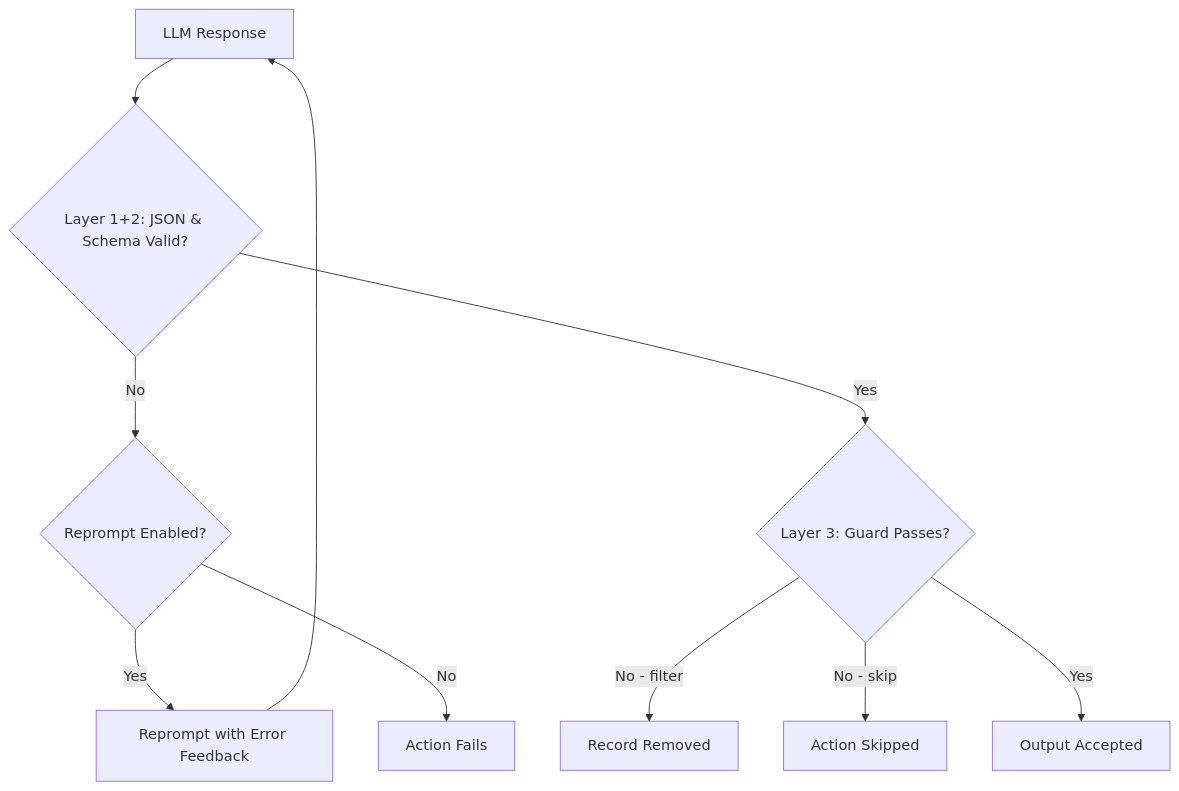
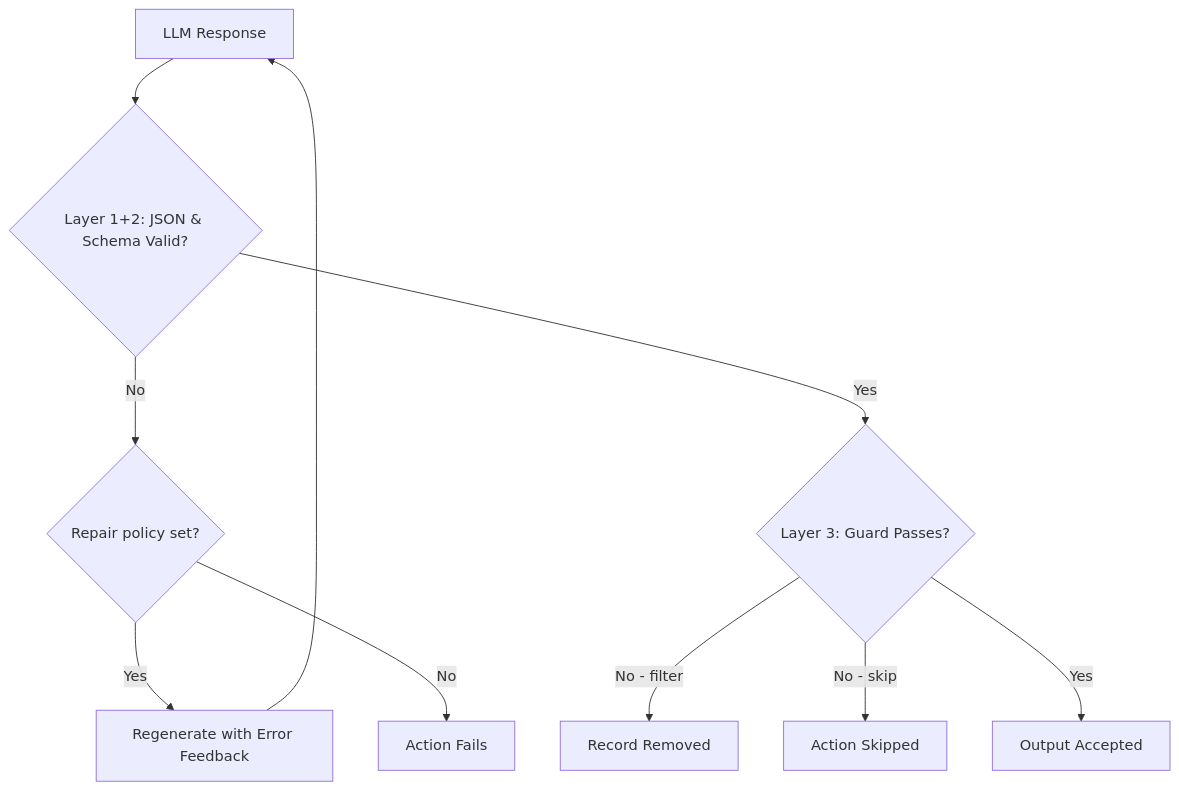
Before and after one commit to Muizzkolapo/agent-actions: the diagram in docs.agent-actions/docs/reference/validation/output-validation.md, drawn with Mermaid. The commit also changed other lines of this file and 54 other files, not shown here.

````diff
--- a/docs.agent-actions/docs/reference/validation/output-validation.md
+++ b/docs.agent-actions/docs/reference/validation/output-validation.md
@@ -16,12 +16,12 @@
 ```mermaid
 flowchart TD
     A[LLM Response] --> B{Layer 1+2: JSON & Schema Valid?}
-    B -->|No| G{Reprompt Enabled?}
-    G -->|Yes| E[Reprompt with Error Feedback]
+    B -->|No| G{Repair policy set?}
+    G -->|Yes| E[Regenerate with Error Feedback]
     G -->|No| H[Action Fails]
     E --> A
     B -->|Yes| I{Layer 3: Guard Passes?}
     I -->|No - filter| J[Record Removed]
     I -->|No - skip| K[Action Skipped]
     I -->|Yes| L[Output Accepted]
 ```
````
